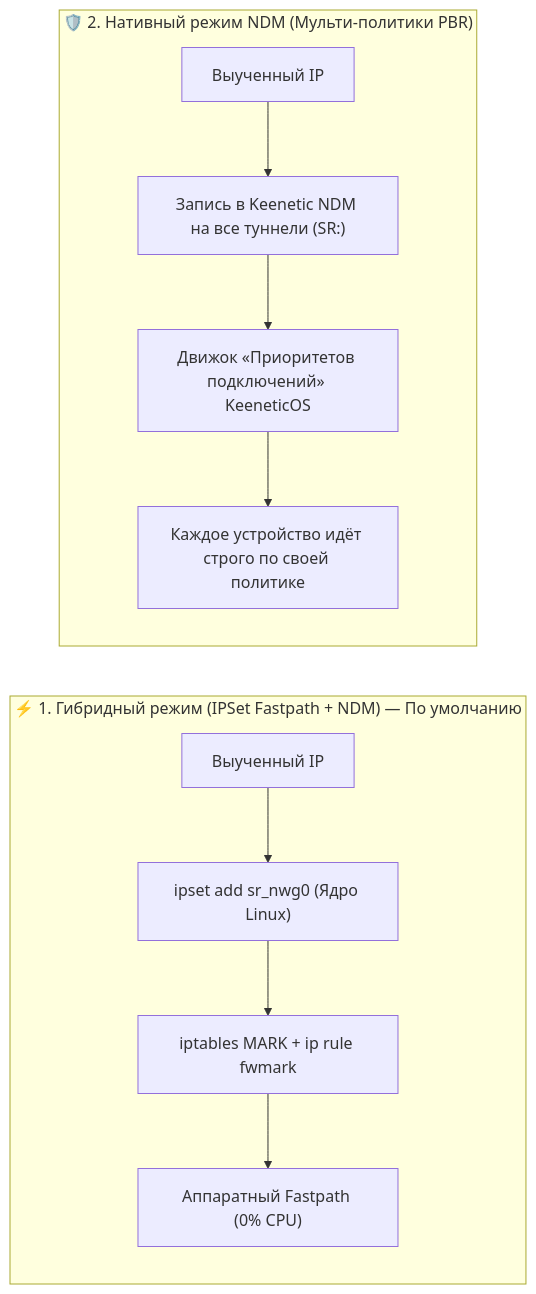
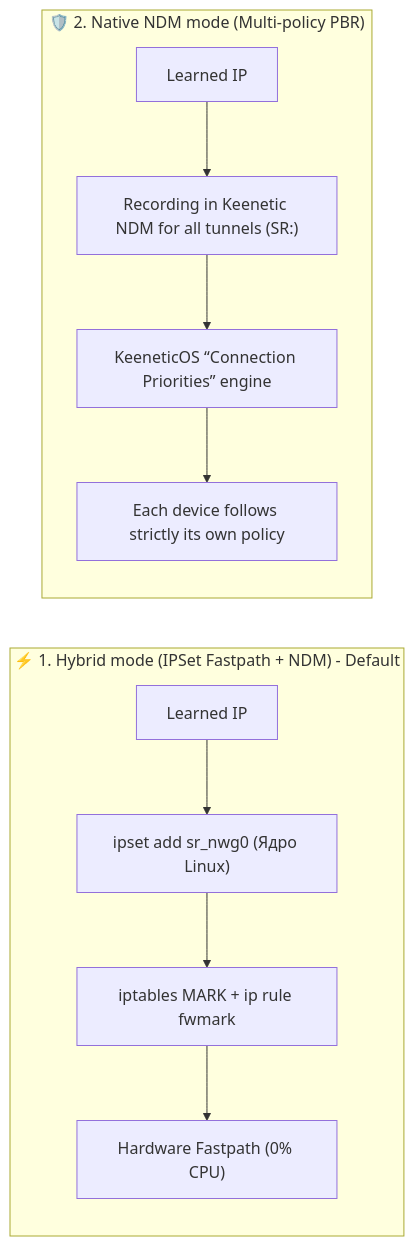
The second of 3 diagrams in smart_route_user_guide.md (DFR11/Snakelair-Keenetic-Entware-OPKG-Repository), drawn with Mermaid before and after one commit. The commit also changed other lines of this file and 14 other files, not shown here.

````diff
--- a/smart_route_user_guide.md
+++ b/smart_route_user_guide.md
@@ -64,14 +64,14 @@
 ```mermaid
 graph LR
-    subgraph Mode1 ["⚡ 1. Гибридный режим (IPSet Fastpath + NDM) — По умолчанию"]
-        A1["Выученный IP"] --> B1["ipset add sr_nwg0 (Ядро Linux)"]
+    subgraph Mode1 ["⚡ 1. Hybrid mode (IPSet Fastpath + NDM) - Default"]
+        A1["Learned IP"] --> B1["ipset add sr_nwg0 (Ядро Linux)"]
         B1 --> C1["iptables MARK + ip rule fwmark"]
-        C1 --> D1["Аппаратный Fastpath (0% CPU)"]
+        C1 --> D1["Hardware Fastpath (0% CPU)"]
     end
 
-    subgraph Mode2 ["🛡️ 2. Нативный режим NDM (Мульти-политики PBR)"]
-        A2["Выученный IP"] --> B2["Запись в Keenetic NDM на все туннели (SR:)"]
-        B2 --> C2["Движок «Приоритетов подключений» KeeneticOS"]
-        C2 --> D2["Каждое устройство идёт строго по своей политике"]
+    subgraph Mode2 ["🛡️ 2. Native NDM mode (Multi-policy PBR)"]
+        A2["Learned IP"] --> B2["Recording in Keenetic NDM for all tunnels (SR:)"]
+        B2 --> C2["KeeneticOS “Connection Priorities” engine"]
+        C2 --> D2["Each device follows strictly its own policy"]
     end
 ```
````
